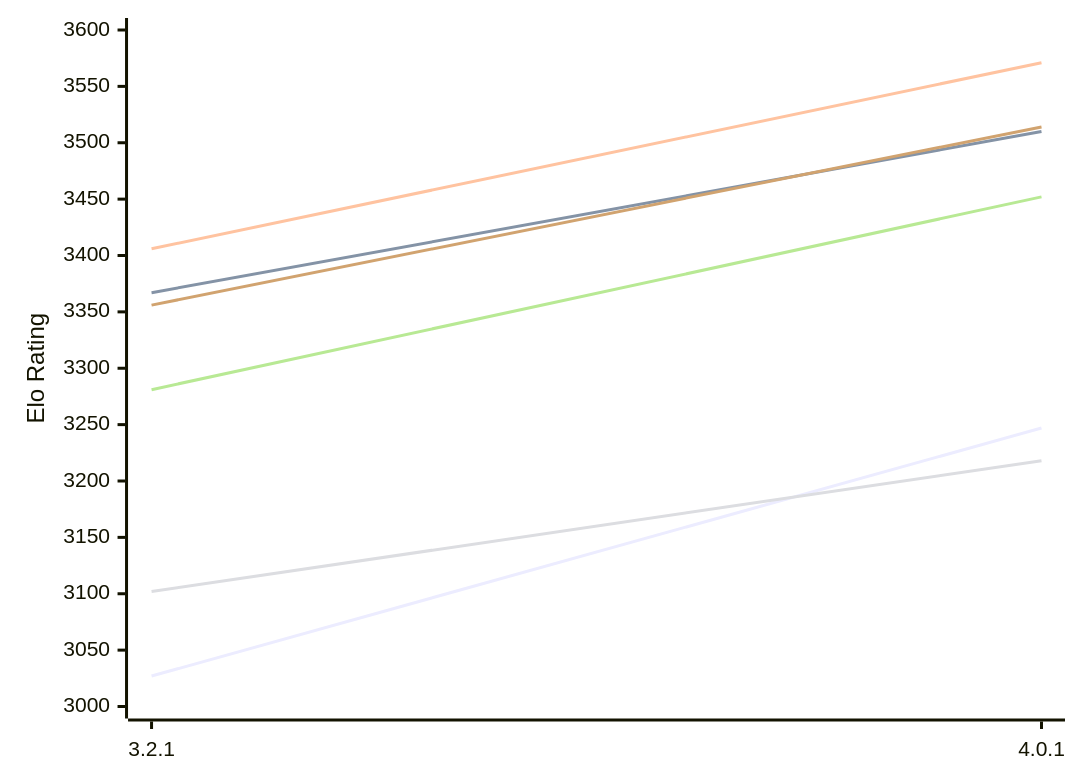
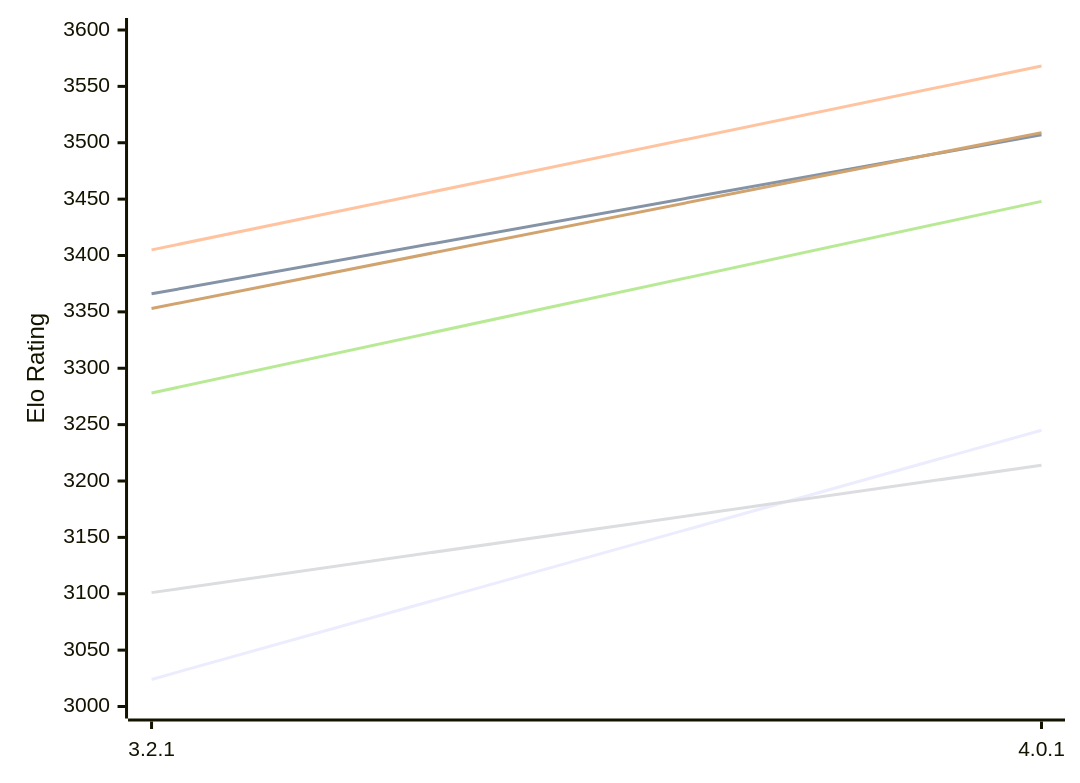
Before and after one commit to computer-chess-index/cci: the first of 2 diagrams in engines/Prune.md, drawn with Mermaid. The commit also changed other lines of this file, not shown here.

Commit message:
Update CCI Ratings (ELO VLTC) - 2026-11-19

````diff
--- a/engines/Prune.md
+++ b/engines/Prune.md
@@ -56,12 +56,12 @@
 ```mermaid
 %%{init: {"theme":"base","themeVariables":{"seriesColors:['#a3a3a3','#222221','#faa371']}}}%%
 xychart-beta
   x-axis ["3.2.1", "4.0.1"]
   y-axis "Elo Rating" 3000 --> 3600
-  line "E1: STC (8.0+0.08s)" [3027, 3247]
-  line "E1: LTC (60.0+0.60s)" [3367, 3510]
-  line "E1: VLTC (2m24s+1.12s)" [3406, 3571]
-  line "P1: STC (8.0+0.08s)" [3102, 3218]
-  line "P1: LTC (60.0+0.60s)" [3281, 3452]
-  line "P1: VLTC (2m24s+1.12s)" [3356, 3514]
+  line "E1: STC (8.0+0.08s)" [3024, 3245]
+  line "E1: LTC (60.0+0.60s)" [3366, 3507]
+  line "E1: VLTC (2m24s+1.12s)" [3405, 3568]
+  line "P1: STC (8.0+0.08s)" [3101, 3214]
+  line "P1: LTC (60.0+0.60s)" [3278, 3448]
+  line "P1: VLTC (2m24s+1.12s)" [3353, 3509]
 ```
````
